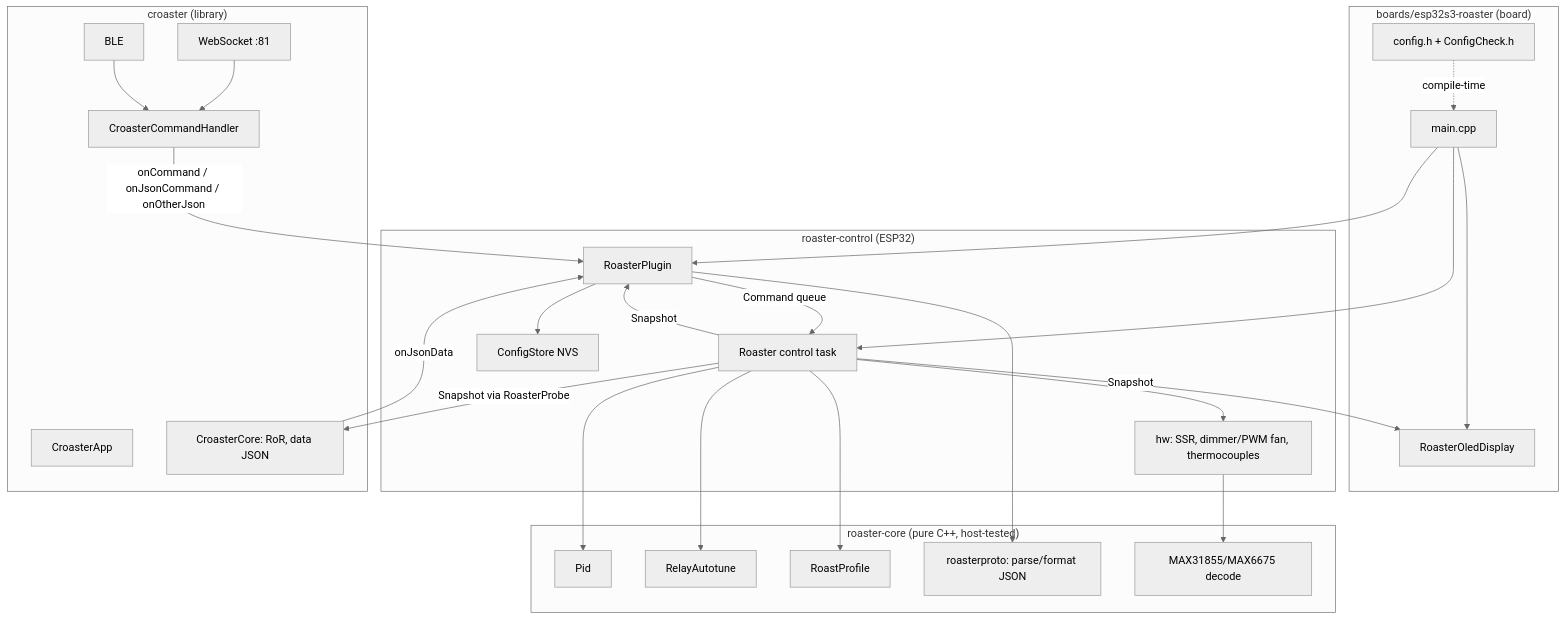
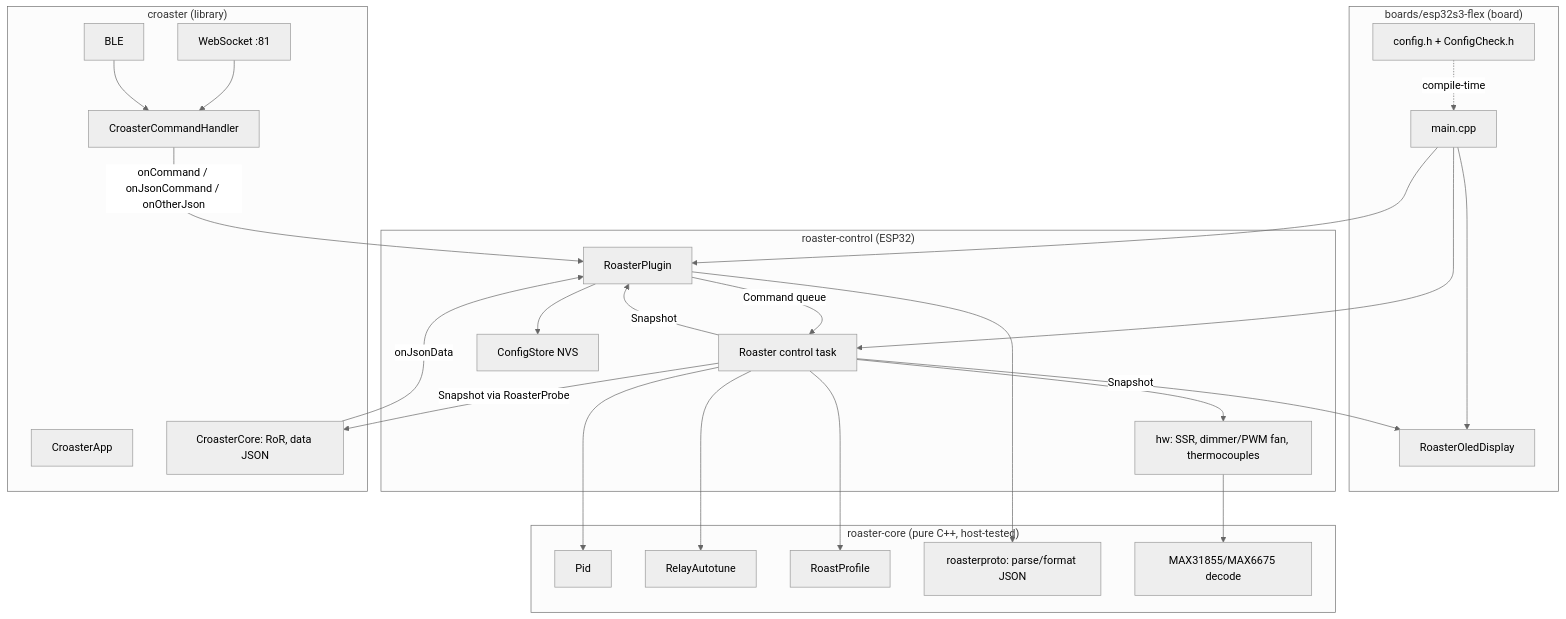
One commit to shawns1234/Croaster changed the diagram in docs/architecture.md. Above: the diagram before and after it, drawn with Mermaid (neutral theme). The commit also changed other lines of this file and 19 other files, not shown here.

First line of the commit message:
flex: rename board esp32s3-roaster -> esp32s3-flex; add D10 (flex vs esp32s3 ini)

````diff
--- a/docs/architecture.md
+++ b/docs/architecture.md
@@ -59,40 +59,40 @@
 ```mermaid
 flowchart TB
-    subgraph board["boards/esp32s3-roaster (board)"]
+    subgraph board["boards/esp32s3-flex (board)"]
         CFG[config.h + ConfigCheck.h]
         MAIN[main.cpp]
         OLED[RoasterOledDisplay]
     end
     subgraph rc["roaster-control (ESP32)"]
         PLUG[RoasterPlugin]
         R[Roaster control task]
         HW[hw: SSR, dimmer/PWM fan, thermocouples]
         NVS[ConfigStore NVS]
     end
     subgraph core["roaster-core (pure C++, host-tested)"]
         PID[Pid]
         AT[RelayAutotune]
         PROF[RoastProfile]
         PROTO[roasterproto: parse/format JSON]
         DEC[MAX31855/MAX6675 decode]
     end
     subgraph cl["croaster (library)"]
         APP[CroasterApp]
         CMD[CroasterCommandHandler]
         CORE[CroasterCore: RoR, data JSON]
         WS[WebSocket :81]
         BLE[BLE]
     end
     MAIN --> PLUG & R & OLED
     CFG -.compile-time.-> MAIN
     WS & BLE --> CMD
     CMD -- onCommand / onJsonCommand / onOtherJson --> PLUG
     PLUG --> PROTO
     PLUG -- Command queue --> R
     R --> PID & AT & PROF & HW
     HW --> DEC
     R -- Snapshot --> PLUG & OLED
     R -- Snapshot via RoasterProbe --> CORE
     CORE -- onJsonData --> PLUG
     PLUG --> NVS
 ```
````
